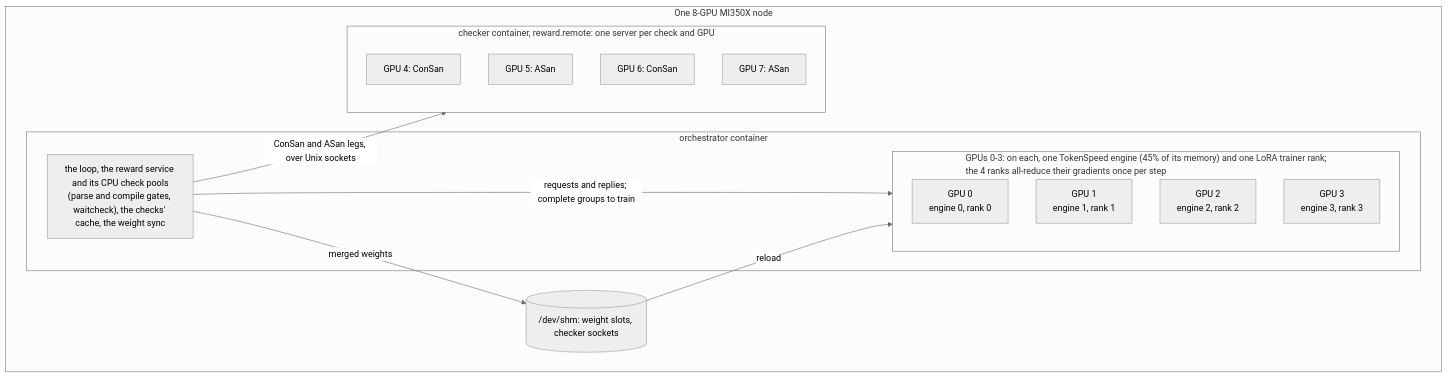
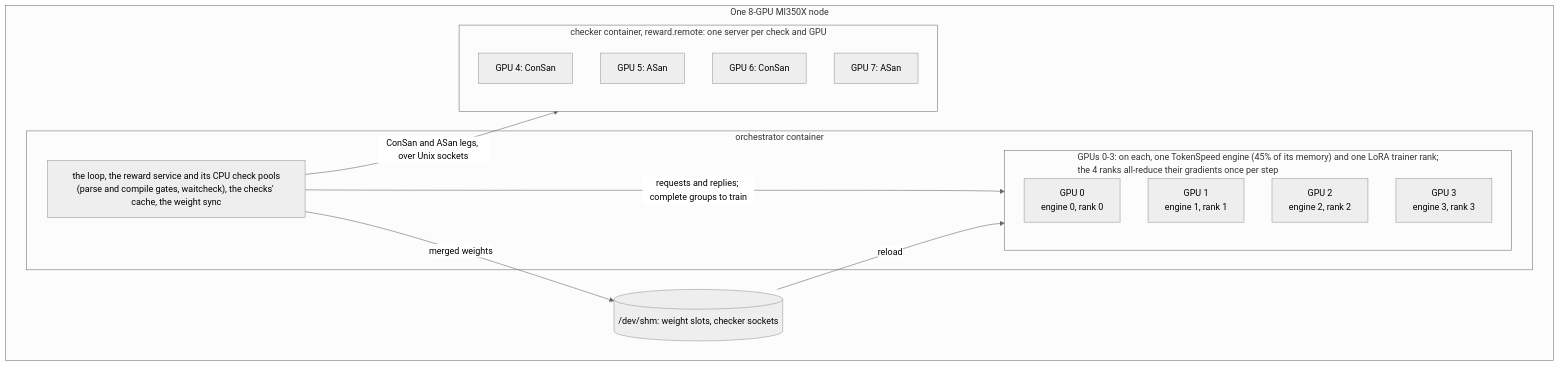
One commit to ROCm/aorta changed the third of 3 diagrams in aorlta/README.md. Above: the diagram before and after it, drawn with Mermaid (neutral theme). The commit also changed other lines of this file, not shown here.

Commit message:
docs(aorlta): wider boxes in the README diagrams, so they read without scrolling

````diff
--- a/aorlta/README.md
+++ b/aorlta/README.md
@@ -98,25 +100,26 @@
 ```mermaid
+%%{init: {"flowchart": {"wrappingWidth": 400}}}%%
 flowchart TB
     subgraph node["One 8-GPU MI350X node"]
         subgraph orch["orchestrator container"]
             loop["the loop, the reward service and its CPU check pools<br/>(parse and compile gates, waitcheck), the checks' cache, the weight sync"]
             subgraph gpus["GPUs 0-3: on each, one TokenSpeed engine (45% of its memory) and one LoRA trainer rank;<br/>the 4 ranks all-reduce their gradients once per step"]
                 g0["GPU 0<br/>engine 0, rank 0"]
                 g1["GPU 1<br/>engine 1, rank 1"]
                 g2["GPU 2<br/>engine 2, rank 2"]
                 g3["GPU 3<br/>engine 3, rank 3"]
             end
         end
         subgraph chk["checker container, reward.remote: one server per check and GPU"]
             c4["GPU 4: ConSan"]
             a5["GPU 5: ASan"]
             c6["GPU 6: ConSan"]
             a7["GPU 7: ASan"]
         end
         shm[("/dev/shm: weight slots, checker sockets")]
     end
     loop -- "requests and replies; complete groups to train" --> gpus
     loop -- "ConSan and ASan legs, over Unix sockets" --> chk
     loop -- "merged weights" --> shm
     shm -- "reload" --> gpus
 ```
````
